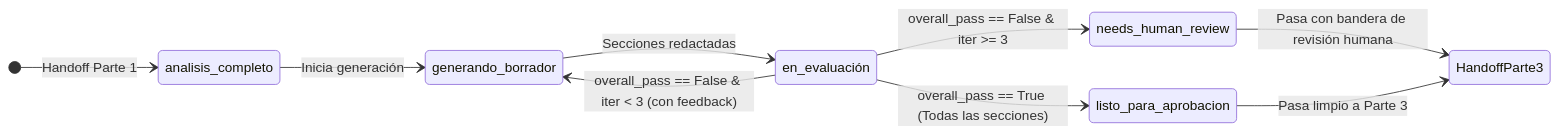
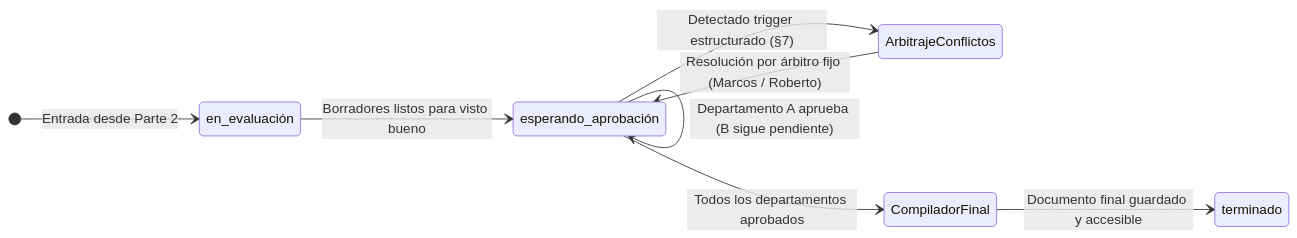
The diagram in .github/implementation-plan.md (4GeeksAcademy/ai-engineering-company-project-monorepo), drawn with Mermaid before and after one commit. The commit also changed other lines of this file and 11 other files, not shown here.

````diff
--- a/.github/implementation-plan.md
+++ b/.github/implementation-plan.md
@@ -95,12 +102,11 @@
 ```mermaid
 stateDiagram-v2
     direction LR
-    [*] --> analisis_completo: Handoff Parte 1
-    analisis_completo --> generando_borrador: Inicia generación
-    generando_borrador --> en_evaluación: Secciones redactadas
-    en_evaluación --> generando_borrador: overall_pass == False & iter < 3 (con feedback)
-    en_evaluación --> needs_human_review: overall_pass == False & iter >= 3
-    en_evaluación --> listo_para_aprobacion: overall_pass == True (Todas las secciones)
-    needs_human_review --> HandoffParte3: Pasa con bandera de revisión humana
-    listo_para_aprobacion --> HandoffParte3: Pasa limpio a Parte 3
+    [*] --> en_evaluación: Entrada desde Parte 2
+    en_evaluación --> esperando_aprobación: Borradores listos para visto bueno
+    esperando_aprobación --> ArbitrajeConflictos: Detectado trigger estructurado (§7)
+    ArbitrajeConflictos --> esperando_aprobación: Resolución por árbitro fijo (Marcos / Roberto)
+    esperando_aprobación --> esperando_aprobación: Departamento A aprueba (B sigue pendiente)
+    esperando_aprobación --> CompiladorFinal: Todos los departamentos aprobados
+    CompiladorFinal --> terminado: Documento final guardado y accesible
 ```
````
